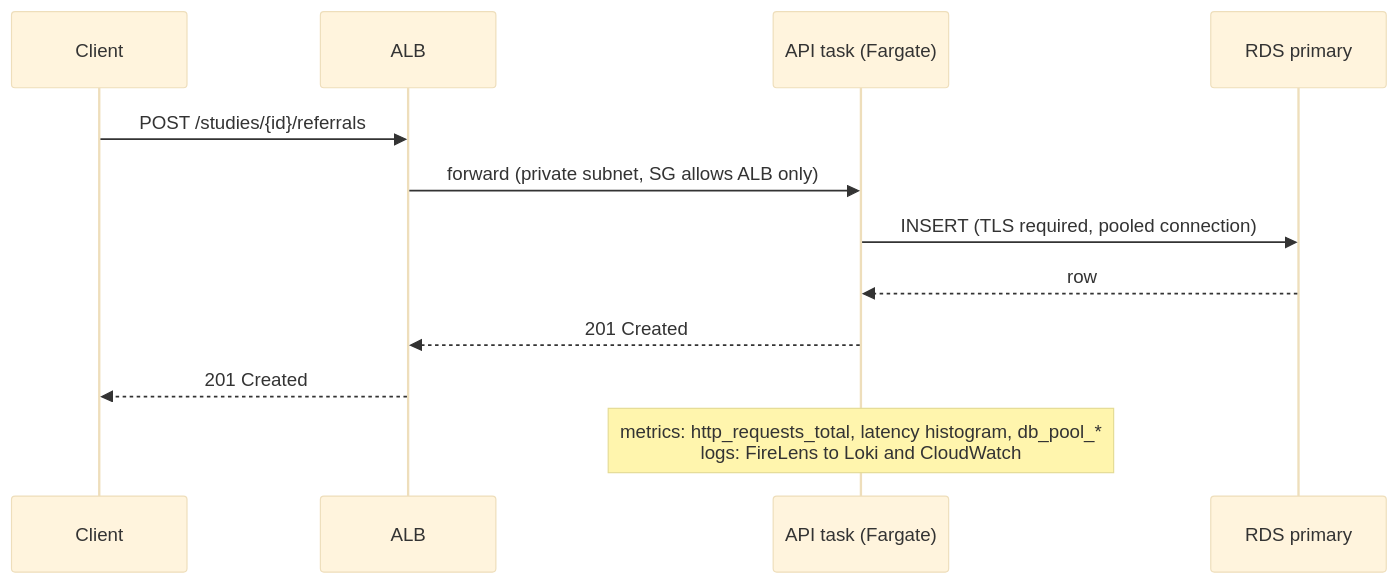
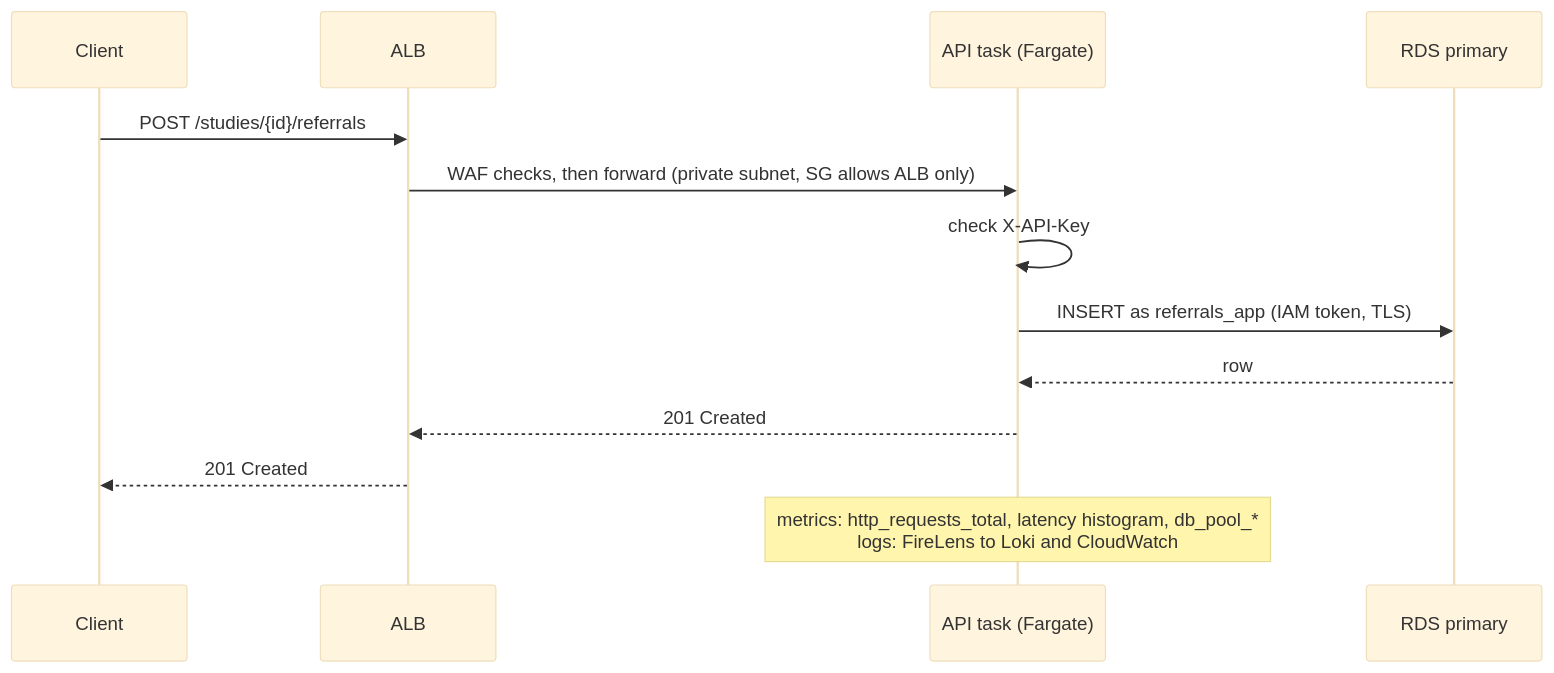
Before and after one commit to Arun-Singh-Chauhan-09/clariness-ecs-rds-platform: the second of 3 diagrams in docs/architecture.md, drawn with Mermaid (base theme). The commit also changed other lines of this file and 35 other files, not shown here.

Commit message:
security: API keys, least-privilege DB role with IAM auth, WAF, read-only containers, scoped deploy role, CloudTrail/GuardDuty, Checkov/gitleaks gates

````diff
--- a/docs/architecture.md
+++ b/docs/architecture.md
@@ -64,14 +64,15 @@
 ```mermaid
 sequenceDiagram
   participant C as Client
   participant A as ALB
   participant T as API task (Fargate)
   participant D as RDS primary
   C->>A: POST /studies/{id}/referrals
-  A->>T: forward (private subnet, SG allows ALB only)
-  T->>D: INSERT (TLS required, pooled connection)
+  A->>T: WAF checks, then forward (private subnet, SG allows ALB only)
+  T->>T: check X-API-Key
+  T->>D: INSERT as referrals_app (IAM token, TLS)
   D-->>T: row
   T-->>A: 201 Created
   A-->>C: 201 Created
   Note over T: metrics: http_requests_total, latency histogram, db_pool_*<br/>logs: FireLens to Loki and CloudWatch
 ```
````
